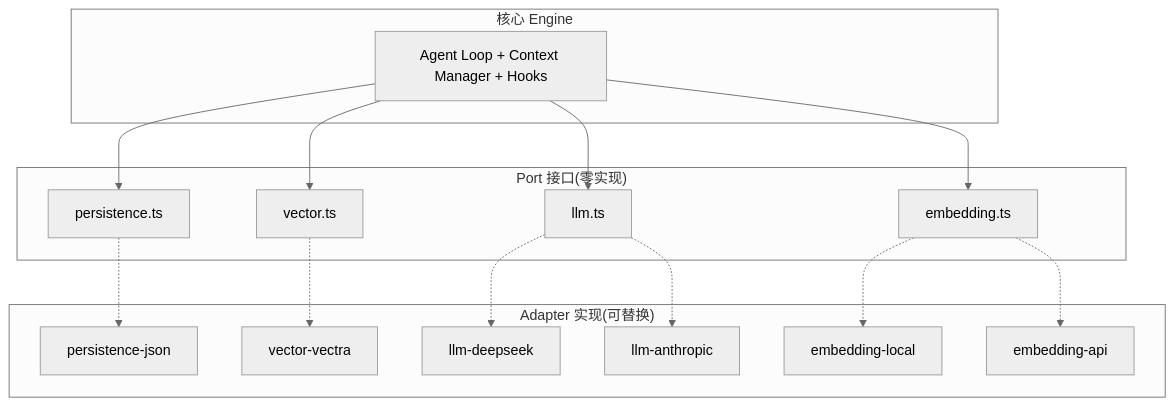
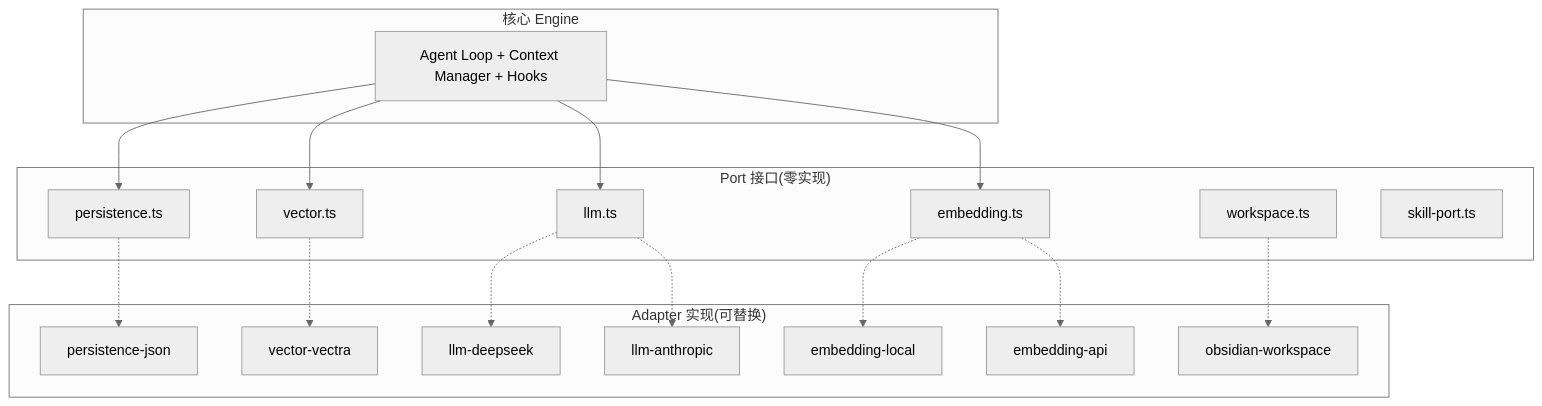
One commit to golddream-y/obsidian-ratel changed the seventh of 8 diagrams in docs/architecture/overview.md. Above: the diagram before and after it, drawn with Mermaid (neutral theme). The commit also changed other lines of this file and 40 other files, not shown here.

````diff
--- a/docs/architecture/overview.md
+++ b/docs/architecture/overview.md
@@ -247,34 +247,38 @@
 ```mermaid
 graph TB
     subgraph "核心 Engine"
         Core["Agent Loop + Context Manager + Hooks"]
     end
 
     subgraph "Port 接口(零实现)"
         PP["persistence.ts"]
         PV["vector.ts"]
         PL["llm.ts"]
         PE["embedding.ts"]
+        PW["workspace.ts"]
+        PS["skill-port.ts"]
     end
 
     subgraph "Adapter 实现(可替换)"
         APJ["persistence-json"]
         AVV["vector-vectra"]
         ALD["llm-deepseek"]
         ALA["llm-anthropic"]
         AEL["embedding-local"]
         AEA["embedding-api"]
+        AOW["obsidian-workspace"]
     end
 
     Core --> PP
     Core --> PV
     Core --> PL
     Core --> PE
 
     PP -.-> APJ
     PV -.-> AVV
     PL -.-> ALD
     PL -.-> ALA
     PE -.-> AEL
     PE -.-> AEA
+    PW -.-> AOW
 ```
````
